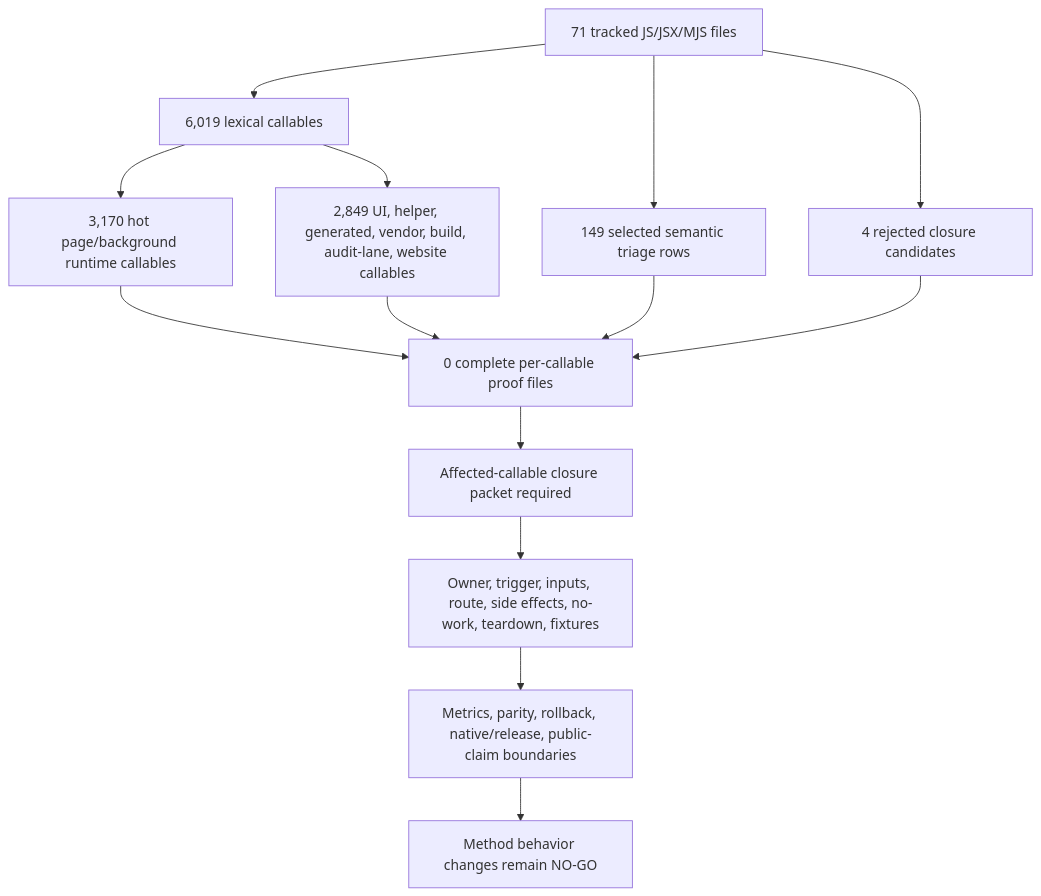
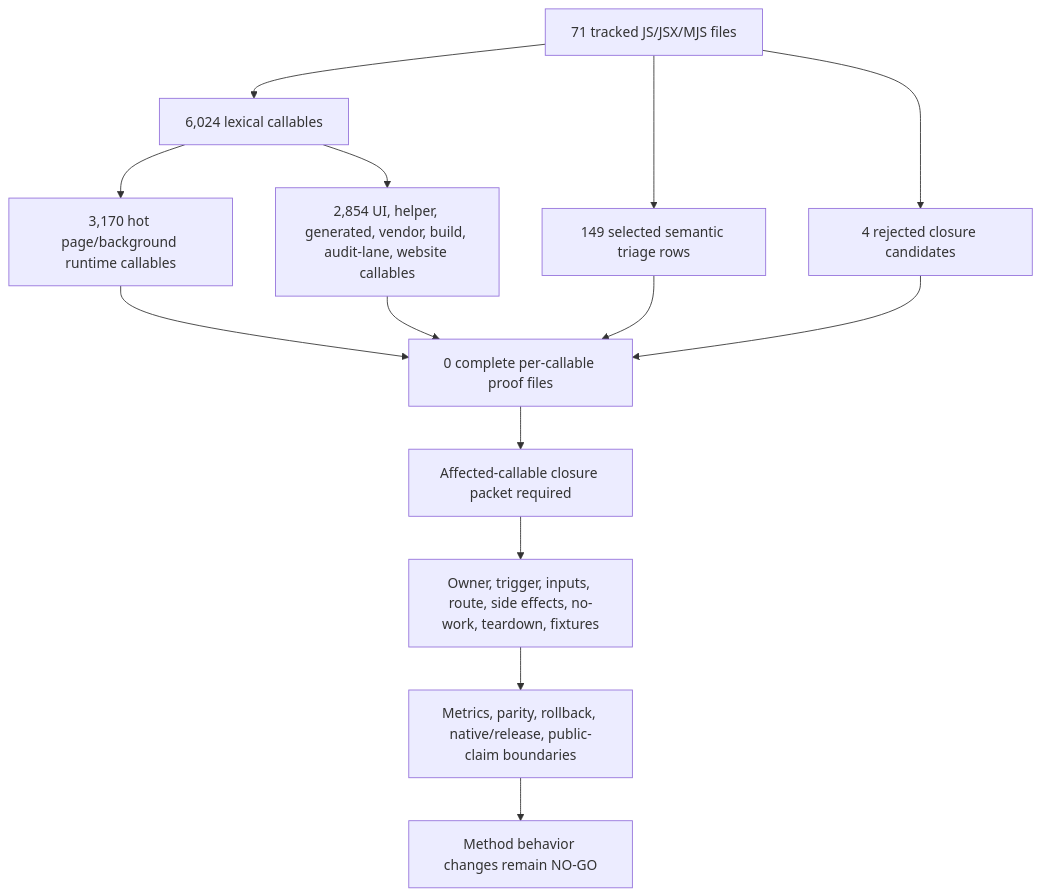
One commit to varshneydevansh/FilterTube changed the first of 2 diagrams in docs/audit/FILTERTUBE_METHOD_SEMANTIC_PROOF_GAP_INDEX_CURRENT_BEHAVIOR_2026-05-25.md. Above: the diagram before and after it, drawn with Mermaid. The commit also changed other lines of this file and 56 other files, not shown here.

````diff
--- a/docs/audit/FILTERTUBE_METHOD_SEMANTIC_PROOF_GAP_INDEX_CURRENT_BEHAVIOR_2026-05-25.md
+++ b/docs/audit/FILTERTUBE_METHOD_SEMANTIC_PROOF_GAP_INDEX_CURRENT_BEHAVIOR_2026-05-25.md
@@ -147,16 +147,16 @@
 ```mermaid
 flowchart TD
-  A["71 tracked JS/JSX/MJS files"] --> B["6,019 lexical callables"]
+  A["71 tracked JS/JSX/MJS files"] --> B["6,024 lexical callables"]
   B --> C["3,170 hot page/background runtime callables"]
-  B --> D["2,849 UI, helper, generated, vendor, build, audit-lane, website callables"]
+  B --> D["2,854 UI, helper, generated, vendor, build, audit-lane, website callables"]
   A --> E["149 selected semantic triage rows"]
   A --> F["4 rejected closure candidates"]
   C --> G["0 complete per-callable proof files"]
   D --> G
   E --> G
   F --> G
   G --> H["Affected-callable closure packet required"]
   H --> I["Owner, trigger, inputs, route, side effects, no-work, teardown, fixtures"]
   I --> J["Metrics, parity, rollback, native/release, public-claim boundaries"]
   J --> K["Method behavior changes remain NO-GO"]
 ```
````
